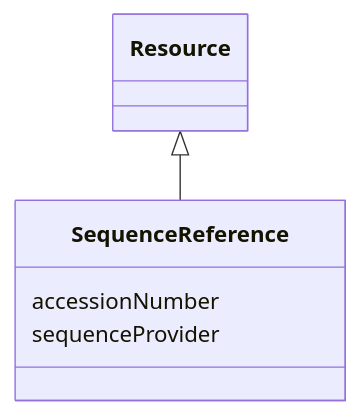
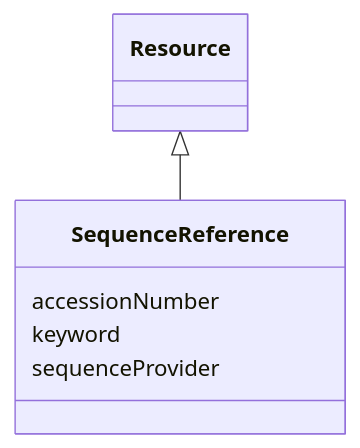
One commit to EVORA-project/evora-ontology changed the diagram in models/docs/SequenceReference.md. Above: the diagram before and after it, drawn with Mermaid. The commit also changed other lines of this file and 402 other files, not shown here.

````diff
--- a/models/docs/SequenceReference.md
+++ b/models/docs/SequenceReference.md
@@ -19,13 +19,15 @@
 ```mermaid
  classDiagram
     class SequenceReference
     click SequenceReference href "../SequenceReference"
       Resource <|-- SequenceReference
         click Resource href "../Resource"
       
       SequenceReference : accessionNumber
         
+      SequenceReference : keyword
+        
       SequenceReference : sequenceProvider
         
       
 ```
````
